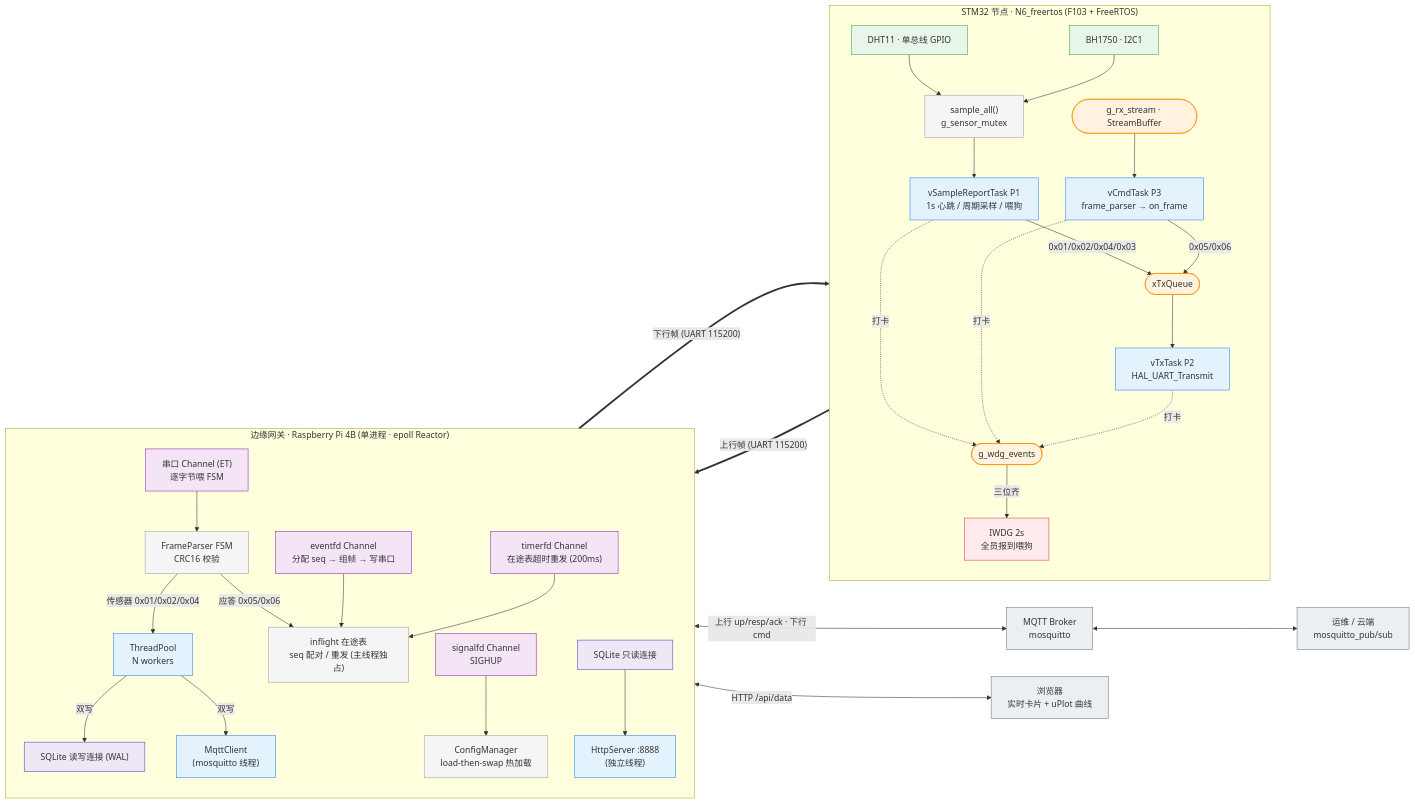
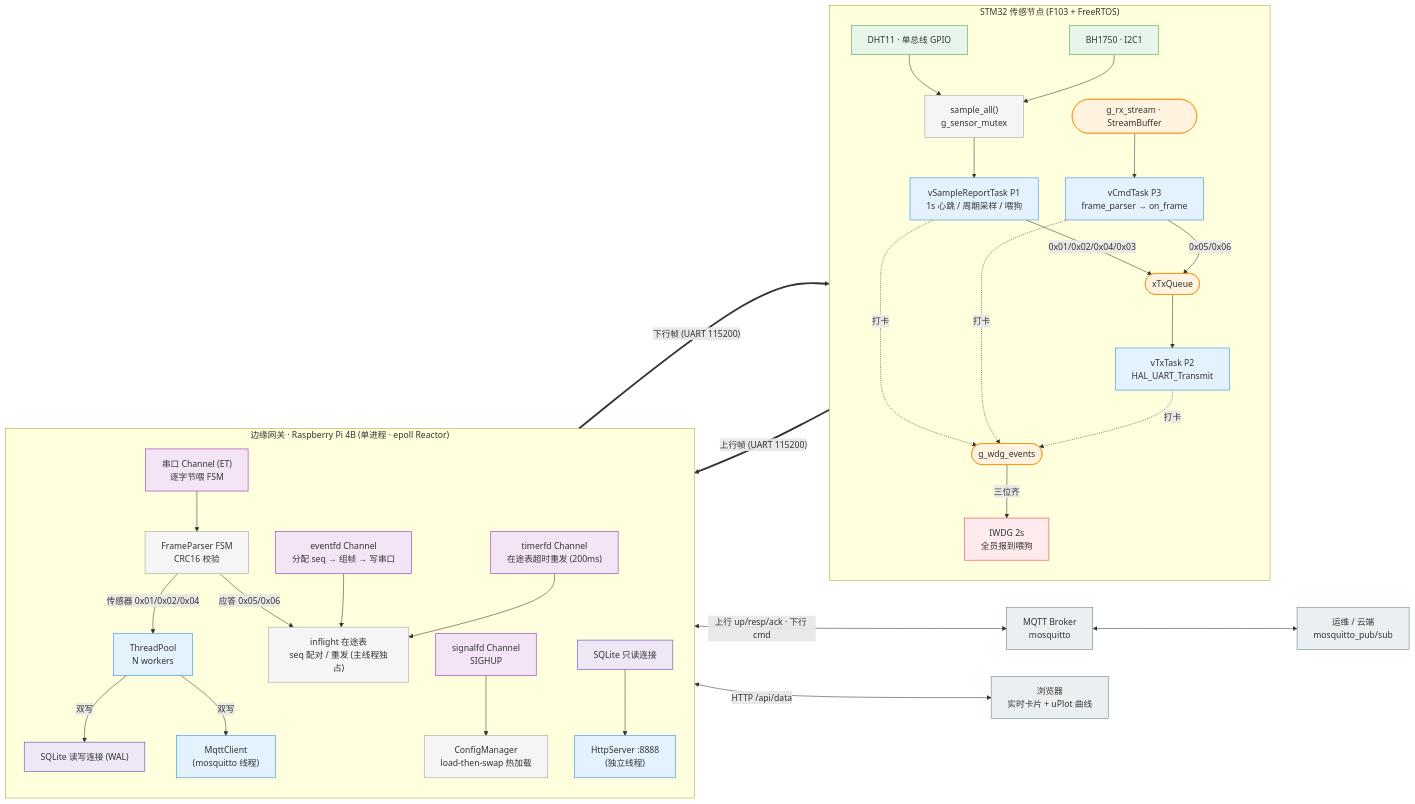
The diagram in README.md (manbaaa-out/embedded-edge-gateway), drawn with Mermaid before and after one commit. The commit also changed other lines of this file, not shown here.

````diff
--- a/README.md
+++ b/README.md
@@ -54,69 +53,69 @@
 ```mermaid
 flowchart LR
   OPS["运维 / 云端<br/>mosquitto_pub/sub"]:::ext
   BROKER["MQTT Broker<br/>mosquitto"]:::ext
   WEB["浏览器<br/>实时卡片 + uPlot 曲线"]:::ext
 
-  subgraph NODE["STM32 节点 · N6_freertos (F103 + FreeRTOS)"]
+  subgraph NODE["STM32 传感节点 (F103 + FreeRTOS)"]
     direction TB
     DHT["DHT11 · 单总线 GPIO"]:::sens
     BH["BH1750 · I2C1"]:::sens
     SMP["sample_all()<br/>g_sensor_mutex"]:::glue
     SAMP["vSampleReportTask P1<br/>1s 心跳 / 周期采样 / 喂狗"]:::task
     CMDN["vCmdTask P3<br/>frame_parser → on_frame"]:::task
     TXN["vTxTask P2<br/>HAL_UART_Transmit"]:::task
     TXQ(["xTxQueue"]):::ipc
     RXS(["g_rx_stream · StreamBuffer"]):::ipc
     EG(["g_wdg_events"]):::ipc
     WDGN["IWDG 2s<br/>全员报到喂狗"]:::wd
     DHT --> SMP
     BH --> SMP
     SMP --> SAMP
     SAMP -->|"0x01/0x02/0x04/0x03"| TXQ
     CMDN -->|"0x05/0x06"| TXQ
     TXQ --> TXN
     RXS --> CMDN
     SAMP & CMDN & TXN -.->|打卡| EG
     EG -->|三位齐| WDGN
   end
 
   subgraph GW["边缘网关 · Raspberry Pi 4B (单进程 · epoll Reactor)"]
     direction TB
     SCH["串口 Channel (ET)<br/>逐字节喂 FSM"]:::ch
     EVCH["eventfd Channel<br/>分配 seq → 组帧 → 写串口"]:::ch
     TMCH["timerfd Channel<br/>在途表超时重发 (200ms)"]:::ch
     SGCH["signalfd Channel<br/>SIGHUP"]:::ch
     FSM["FrameParser FSM<br/>CRC16 校验"]:::glue
     INF["inflight 在途表<br/>seq 配对 / 重发 (主线程独占)"]:::glue
     POOL["ThreadPool<br/>N workers"]:::task
     DBRW["SQLite 读写连接 (WAL)"]:::db
     DBRO["SQLite 只读连接"]:::db
     MQ["MqttClient<br/>(mosquitto 线程)"]:::task
     HTTP["HttpServer :8888<br/>(独立线程)"]:::task
     CFG["ConfigManager<br/>load-then-swap 热加载"]:::glue
     SCH --> FSM
     FSM -->|"传感器 0x01/0x02/0x04"| POOL
     FSM -->|"应答 0x05/0x06"| INF
     POOL -->|双写| DBRW
     POOL -->|双写| MQ
     EVCH --> INF
     TMCH --> INF
     SGCH --> CFG
     DBRO --> HTTP
   end
 
   TXN ==>|"上行帧 (UART 115200)"| SCH
   EVCH ==>|"下行帧 (UART 115200)"| RXS
   MQ <-->|"上行 up/resp/ack · 下行 cmd"| BROKER
   BROKER <--> OPS
   HTTP <-->|"HTTP /api/data"| WEB
 
   classDef ext fill:#eceff1,stroke:#607d8b
   classDef sens fill:#e8f5e9,stroke:#43a047
   classDef task fill:#e3f2fd,stroke:#1e88e5
   classDef ipc fill:#fff3e0,stroke:#fb8c00
   classDef ch fill:#f3e5f5,stroke:#8e24aa
   classDef db fill:#ede7f6,stroke:#5e35b1
   classDef wd fill:#ffebee,stroke:#e53935
   classDef glue fill:#f5f5f5,stroke:#9e9e9e
 ```
````
